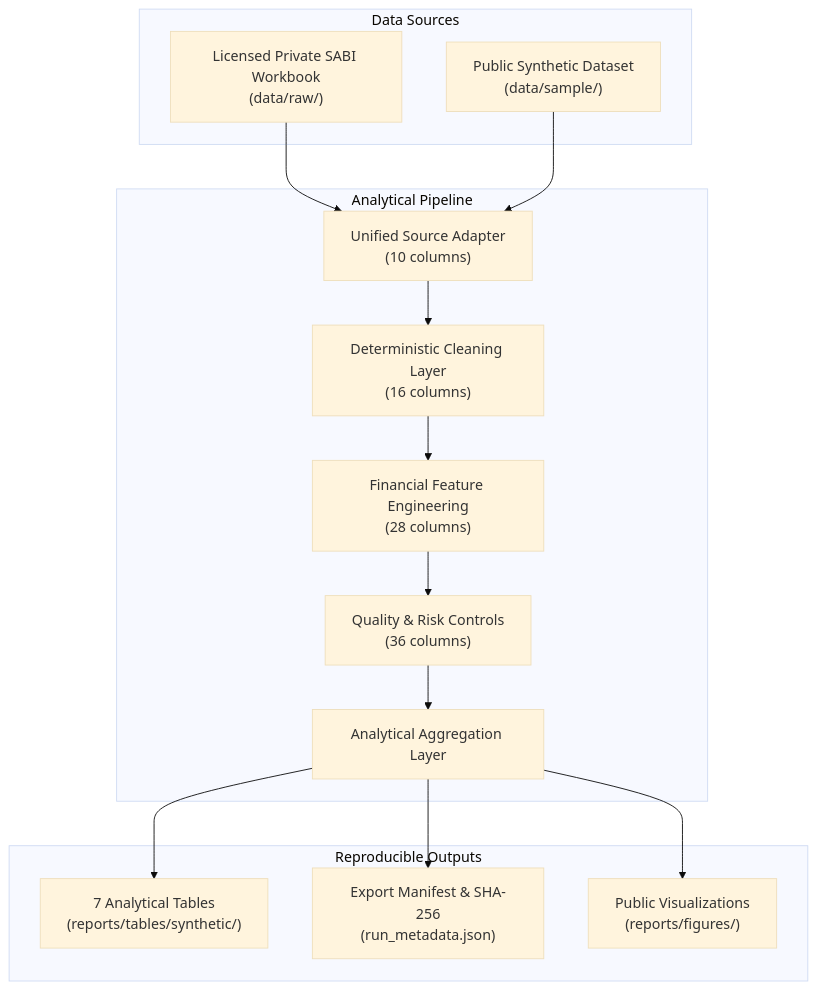
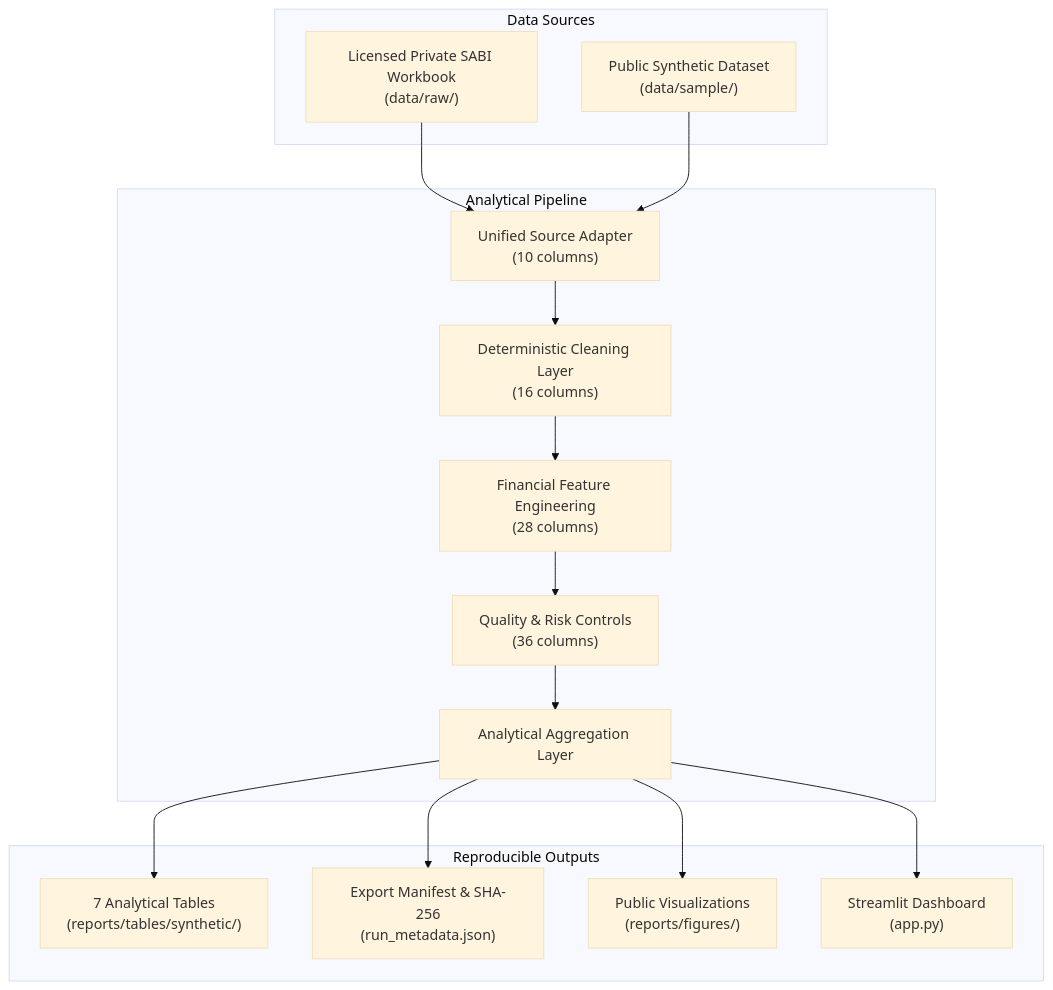
One commit to markusx5622/capexquant-sabi-castellon changed the diagram in README.md. Above: the diagram before and after it, drawn with Mermaid (base theme). The commit also changed other lines of this file and 5 other files, not shown here.

Commit message:
Implement Streamlit interactive dashboard, tests, configuration and update README

````diff
--- a/README.md
+++ b/README.md
@@ -57,31 +60,33 @@
 ```mermaid
 flowchart TD
     subgraph Sources["Data Sources"]
         SABI["Licensed Private SABI Workbook\n(data/raw/)"]
         SYNTH["Public Synthetic Dataset\n(data/sample/)"]
     end
 
     subgraph Pipeline["Analytical Pipeline"]
         ADAPTER["Unified Source Adapter\n(10 columns)"]
         CLEAN["Deterministic Cleaning Layer\n(16 columns)"]
         FIN["Financial Feature Engineering\n(28 columns)"]
         QC["Quality & Risk Controls\n(36 columns)"]
         ANALYTICS["Analytical Aggregation Layer"]
     end
 
     subgraph Outputs["Reproducible Outputs"]
         TABLES["7 Analytical Tables\n(reports/tables/synthetic/)"]
         MANIFEST["Export Manifest & SHA-256\n(run_metadata.json)"]
         FIGS["Public Visualizations\n(reports/figures/)"]
+        DASH["Streamlit Dashboard\n(app.py)"]
     end
 
     SABI --> ADAPTER
     SYNTH --> ADAPTER
     ADAPTER --> CLEAN
     CLEAN --> FIN
     FIN --> QC
     QC --> ANALYTICS
     ANALYTICS --> TABLES
     ANALYTICS --> MANIFEST
     ANALYTICS --> FIGS
+    ANALYTICS --> DASH
 ```
````
